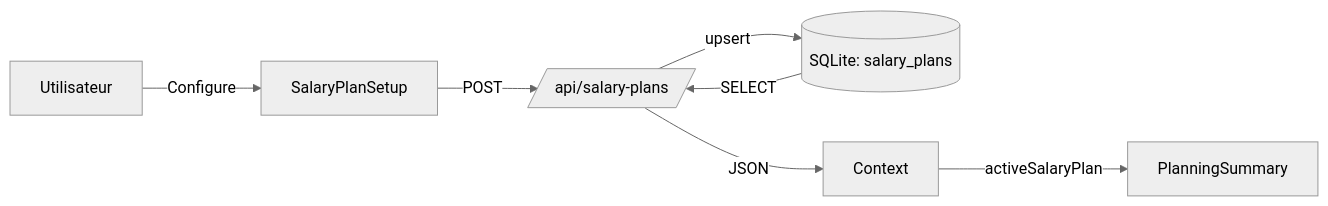
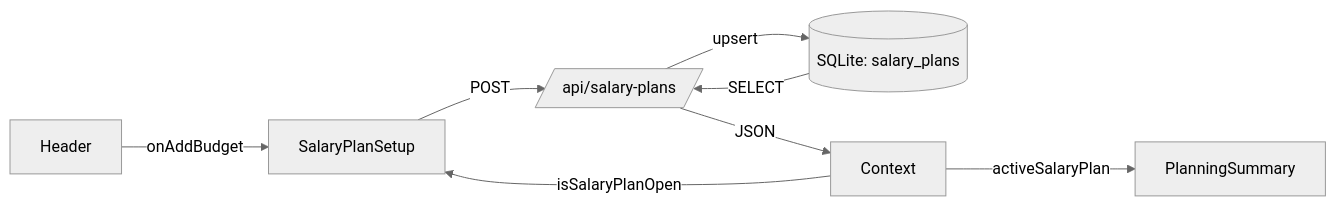
Before and after one commit to mdjabi2005-commits/gestio-feature: the second of 2 diagrams in frontend/src/app/budgets/LOGIC_FLOW.md, drawn with Mermaid (neutral theme). The commit also changed other lines of this file and 144 other files, not shown here.

````diff
--- a/frontend/src/app/budgets/LOGIC_FLOW.md
+++ b/frontend/src/app/budgets/LOGIC_FLOW.md
@@ -118,9 +127,10 @@
 ```mermaid
 graph LR
-    User[Utilisateur] -->|Configure| Setup[SalaryPlanSetup]
+    Header[Header] -->|onAddBudget| Setup[SalaryPlanSetup]
     Setup -->|POST| API[/api/salary-plans/]
     API -->|upsert| DB[(SQLite: salary_plans)]
     DB -->|SELECT| API
     API -->|JSON| Context
     Context -->|activeSalaryPlan| Summary[PlanningSummary]
+    Context -->|isSalaryPlanOpen| Setup
 ```
````
